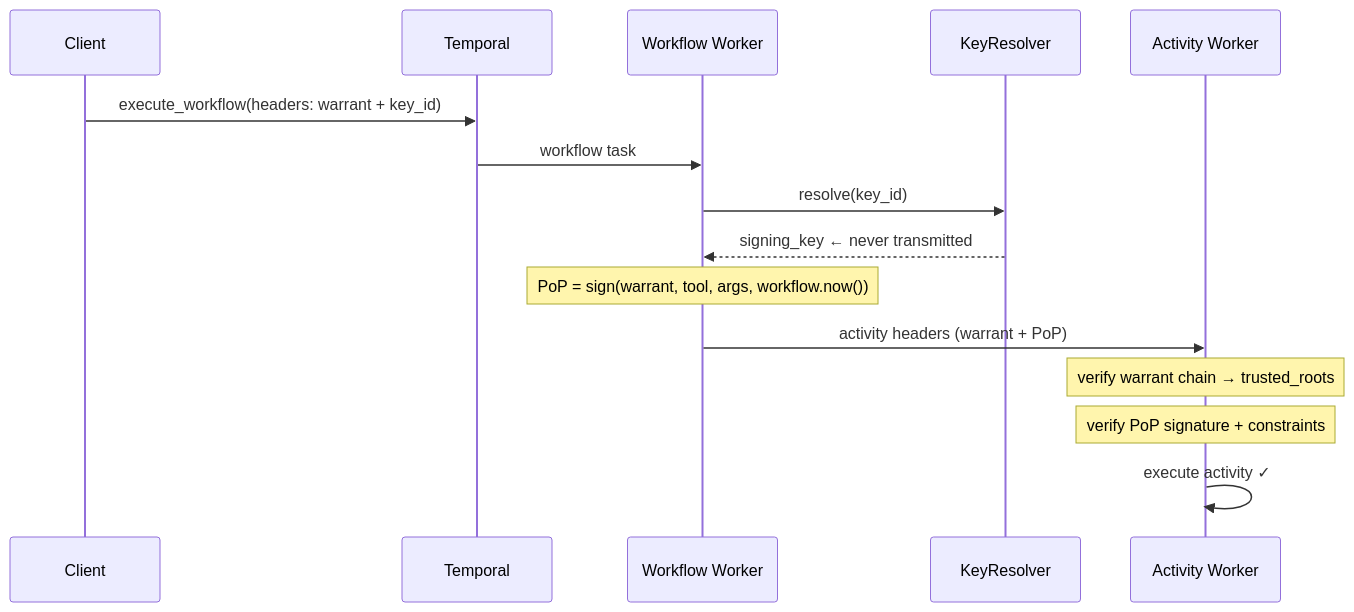
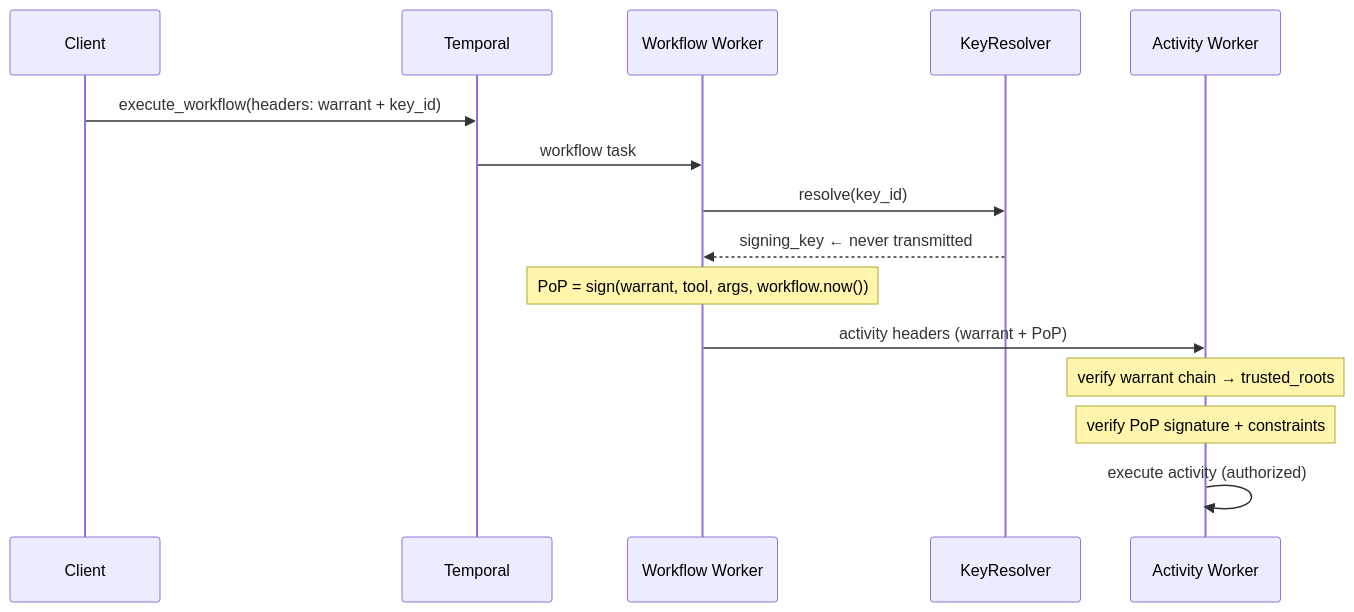
One commit to tenuo-ai/tenuo changed the diagram in docs/temporal.md. Above: the diagram before and after it, drawn with Mermaid. The commit also changed other lines of this file, not shown here.

````diff
--- a/docs/temporal.md
+++ b/docs/temporal.md
@@ -204,18 +204,18 @@
 ```mermaid
 sequenceDiagram
     participant C as Client
     participant T as Temporal
     participant WW as Workflow Worker
     participant KR as KeyResolver
     participant AW as Activity Worker
 
     C->>T: execute_workflow(headers: warrant + key_id)
     T->>WW: workflow task
     WW->>KR: resolve(key_id)
     KR-->>WW: signing_key  ← never transmitted
     Note over WW: PoP = sign(warrant, tool, args, workflow.now())
     WW->>AW: activity headers (warrant + PoP)
     Note over AW: verify warrant chain → trusted_roots
     Note over AW: verify PoP signature + constraints
-    AW->>AW: execute activity ✓
+    AW->>AW: execute activity (authorized)
 ```
````
